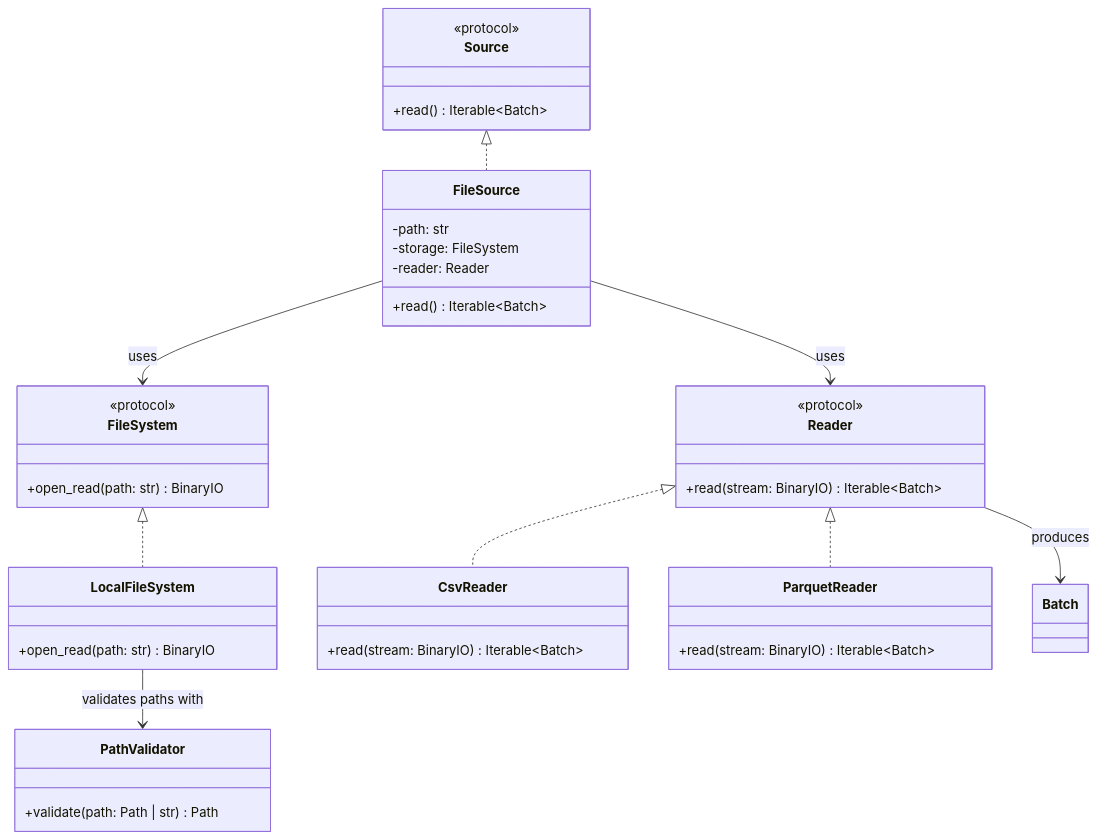
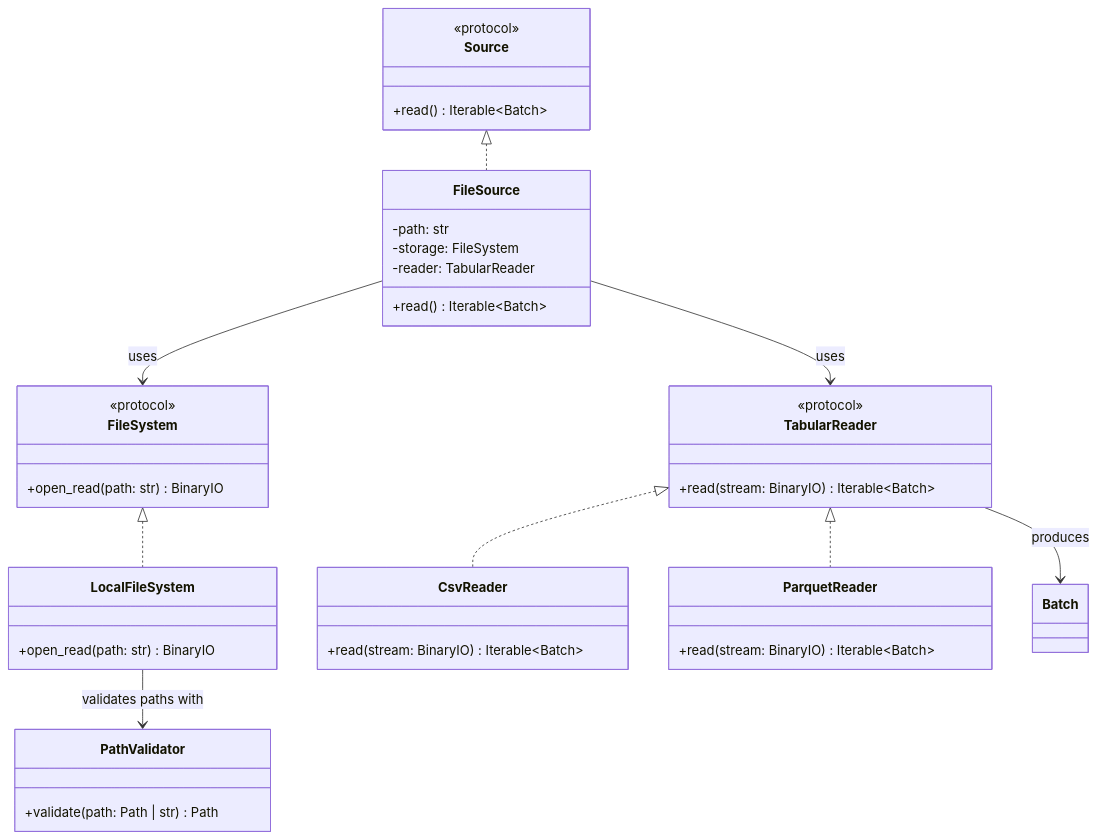
One commit to apaquette/ETLRelay changed the diagram in docs/architecture/file_source.md. Above: the diagram before and after it, drawn with Mermaid. The commit also changed other lines of this file and 20 other files, not shown here.

````diff
--- a/docs/architecture/file_source.md
+++ b/docs/architecture/file_source.md
@@ -16,53 +16,53 @@
 ```mermaid
 classDiagram
     class Source {
         <<protocol>>
         +read() Iterable~Batch~
     }
 
     class FileSource {
         -path: str
         -storage: FileSystem
-        -reader: Reader
+        -reader: TabularReader
         +read() Iterable~Batch~
     }
 
     class FileSystem {
         <<protocol>>
         +open_read(path: str) BinaryIO
     }
 
-    class Reader {
+    class TabularReader {
         <<protocol>>
         +read(stream: BinaryIO) Iterable~Batch~
     }
 
     class LocalFileSystem {
         +open_read(path: str) BinaryIO
     }
 
     class CsvReader {
         +read(stream: BinaryIO) Iterable~Batch~
     }
 
     class ParquetReader {
         +read(stream: BinaryIO) Iterable~Batch~
     }
 
     class PathValidator {
         +validate(path: Path | str) Path
     }
 
     class Batch
 
     Source <|.. FileSource
     FileSystem <|.. LocalFileSystem
-    Reader <|.. CsvReader
-    Reader <|.. ParquetReader
+    TabularReader <|.. CsvReader
+    TabularReader <|.. ParquetReader
 
     FileSource --> FileSystem : uses
-    FileSource --> Reader : uses
+    FileSource --> TabularReader : uses
 
     LocalFileSystem --> PathValidator : validates paths with
-    Reader --> Batch : produces
+    TabularReader --> Batch : produces
 ```
````
